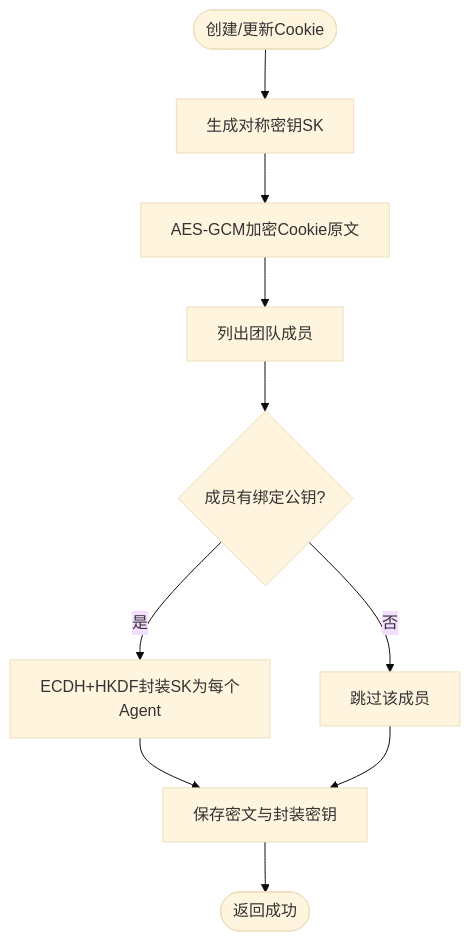
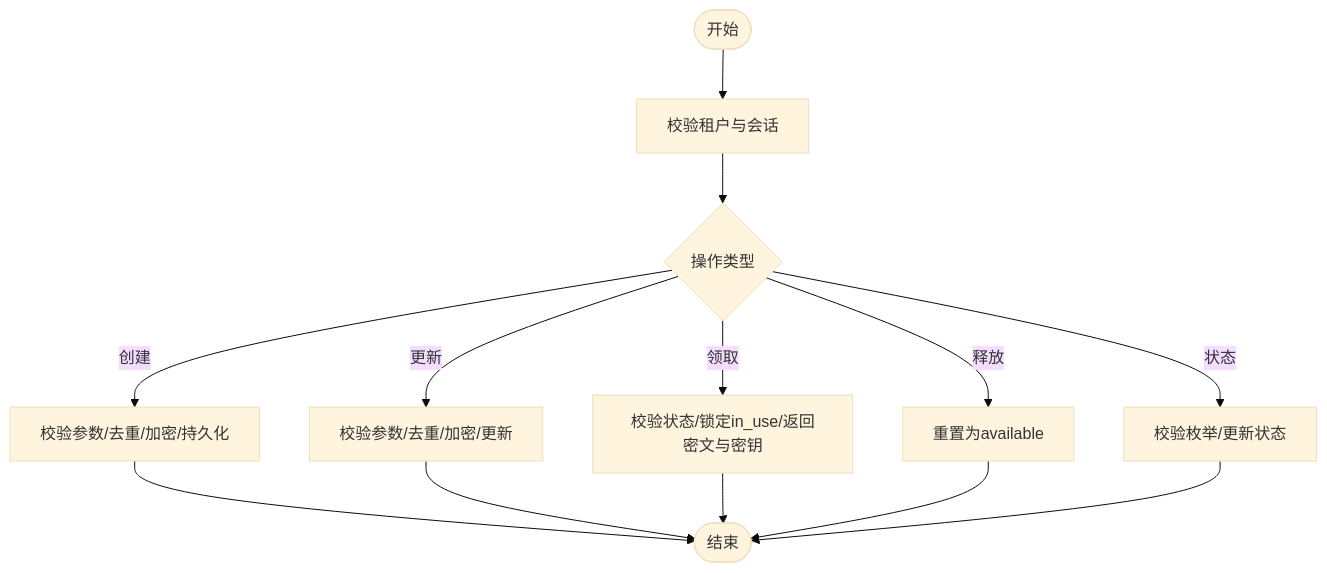
The third of 7 diagrams in .qoder/repowiki/zh/content/本地执行器/浏览器自动化/浏览器控制器/Cookie与下载管理.md (alvinwangzi/goodhr), drawn with Mermaid (base theme) before and after one commit. The commit also changed other lines of this file and 149 other files, not shown here.

````diff
--- a/.qoder/repowiki/zh/content/本地执行器/浏览器自动化/浏览器控制器/Cookie与下载管理.md
+++ b/.qoder/repowiki/zh/content/本地执行器/浏览器自动化/浏览器控制器/Cookie与下载管理.md
@@ -218,12 +145,15 @@
 ```mermaid
 flowchart TD
-Start(["创建/更新Cookie"]) --> GenSK["生成对称密钥SK"]
-GenSK --> EncData["AES-GCM加密Cookie原文"]
-EncData --> ListMembers["列出团队成员"]
-ListMembers --> ForEach{"成员有绑定公钥?"}
-ForEach --> |是| WrapKey["ECDH+HKDF封装SK为每个Agent"]
-ForEach --> |否| Skip["跳过该成员"]
-WrapKey --> Save["保存密文与封装密钥"]
-Skip --> Save
-Save --> End(["返回成功"])
+Start(["开始"]) --> CheckAuth["校验租户与会话"]
+CheckAuth --> Op{"操作类型"}
+Op --> |创建| Create["校验参数/去重/加密/持久化"]
+Op --> |更新| Update["校验参数/去重/加密/更新"]
+Op --> |领取| Claim["校验状态/锁定in_use/返回密文与密钥"]
+Op --> |释放| Release["重置为available"]
+Op --> |状态| Status["校验枚举/更新状态"]
+Create --> End(["结束"])
+Update --> End
+Claim --> End
+Release --> End
+Status --> End
 ```
````
